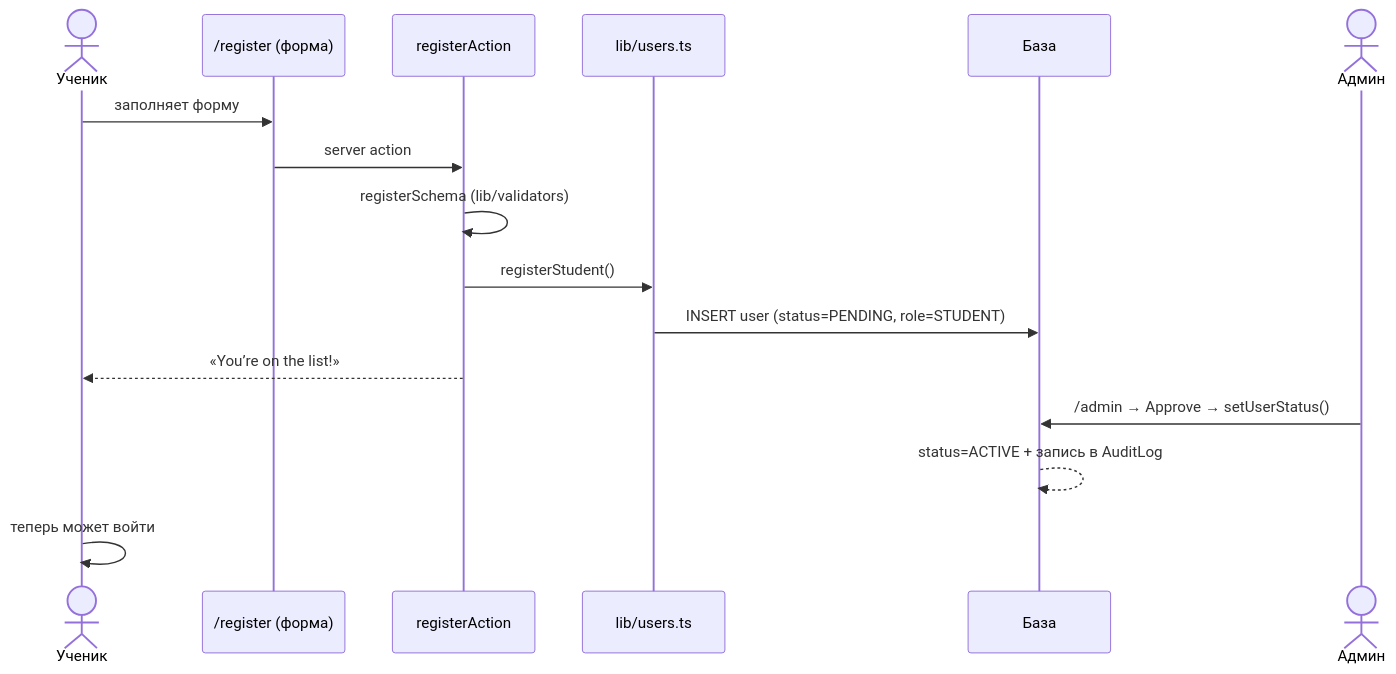
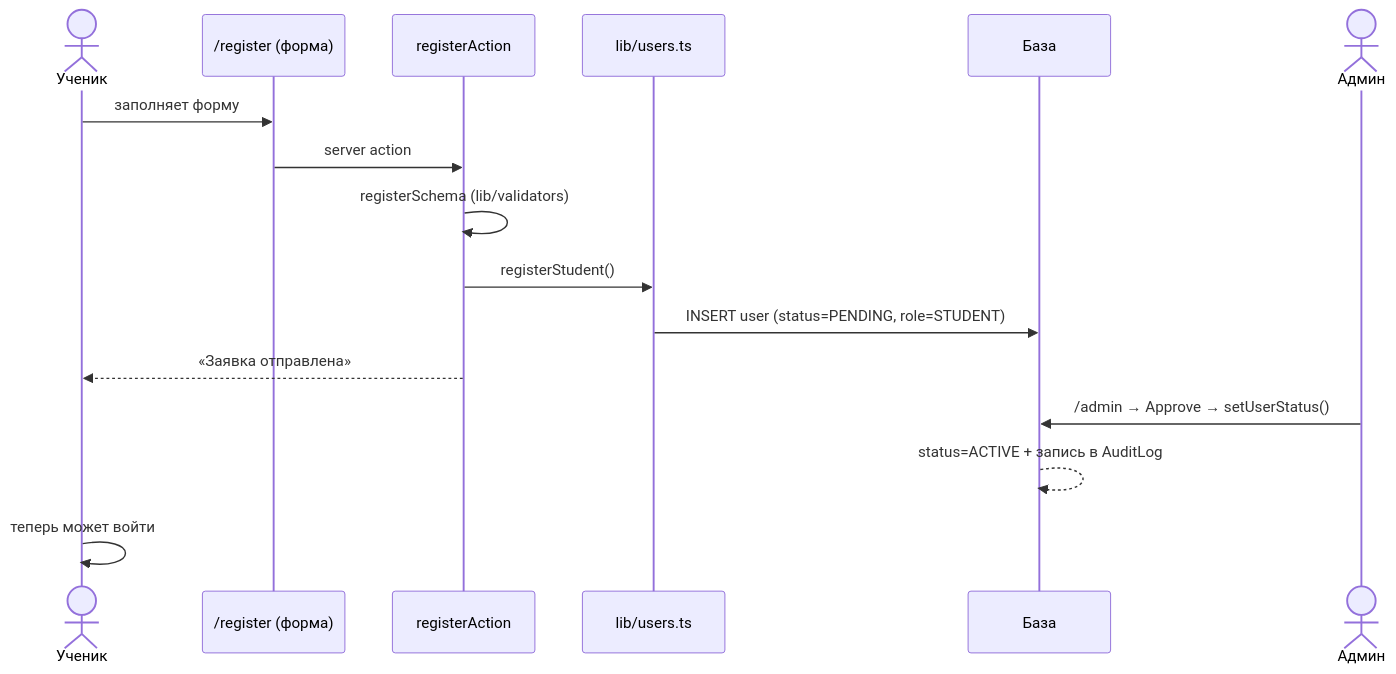
Before and after one commit to azizbekforgit-sudo/Aziz-s_2-projects: the second of 5 diagrams in docs/ARCHITECTURE.md, drawn with Mermaid. The commit also changed other lines of this file and 57 other files, not shown here.

````diff
--- a/docs/ARCHITECTURE.md
+++ b/docs/ARCHITECTURE.md
@@ -97,18 +98,18 @@
 ```mermaid
 sequenceDiagram
   actor S as Ученик
   participant R as /register (форма)
   participant A as registerAction
   participant L as lib/users.ts
   participant DB as База
   actor AD as Админ
   S->>R: заполняет форму
   R->>A: server action
   A->>A: registerSchema (lib/validators)
   A->>L: registerStudent()
   L->>DB: INSERT user (status=PENDING, role=STUDENT)
-  A-->>S: «You’re on the list!»
+  A-->>S: «Заявка отправлена»
   AD->>DB: /admin → Approve → setUserStatus()
   DB-->>DB: status=ACTIVE + запись в AuditLog
   S->>S: теперь может войти
 ```
````
